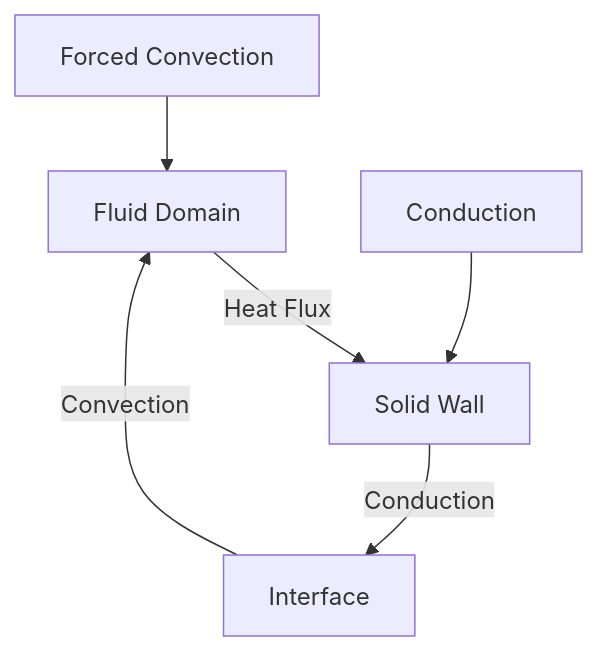
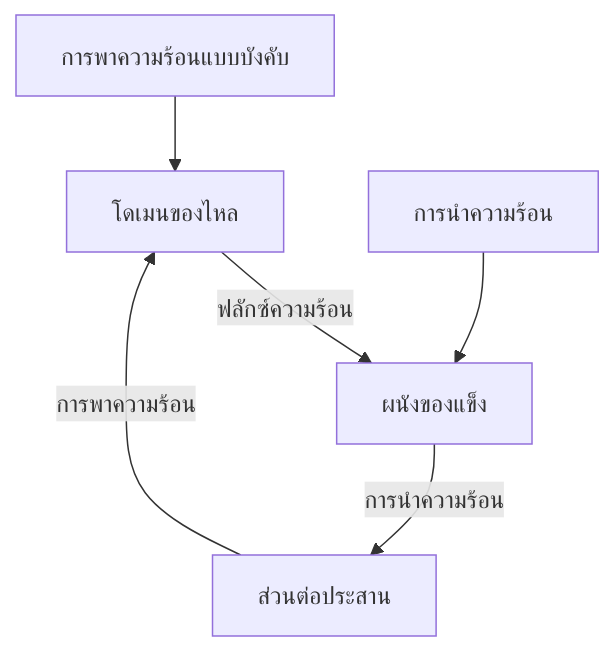
The first of 6 diagrams in MODULE_06_ADVANCED_PHYSICS/CONTENT/02_COUPLED_PHYSICS/05_Validation_and_Benchmarks.md (wramet/build-my-cfd), drawn with Mermaid before and after one commit. The commit also changed other lines of this file and 104 other files, not shown here.

````diff
--- a/MODULE_06_ADVANCED_PHYSICS/CONTENT/02_COUPLED_PHYSICS/05_Validation_and_Benchmarks.md
+++ b/MODULE_06_ADVANCED_PHYSICS/CONTENT/02_COUPLED_PHYSICS/05_Validation_and_Benchmarks.md
@@ -16,8 +16,8 @@
 ```mermaid
 flowchart TD
-    A[Fluid Domain] -->|Heat Flux| B[Solid Wall]
-    B -->|Conduction| C[Interface]
-    C -->|Convection| A
-    D[Forced Convection] --> A
-    E[Conduction] --> B
+    A[โดเมนของไหล] -->|ฟลักซ์ความร้อน| B[ผนังของแข็ง]
+    B -->|การนำความร้อน| C[ส่วนต่อประสาน]
+    C -->|การพาความร้อน| A
+    D[การพาความร้อนแบบบังคับ] --> A
+    E[การนำความร้อน] --> B
 ```
````
